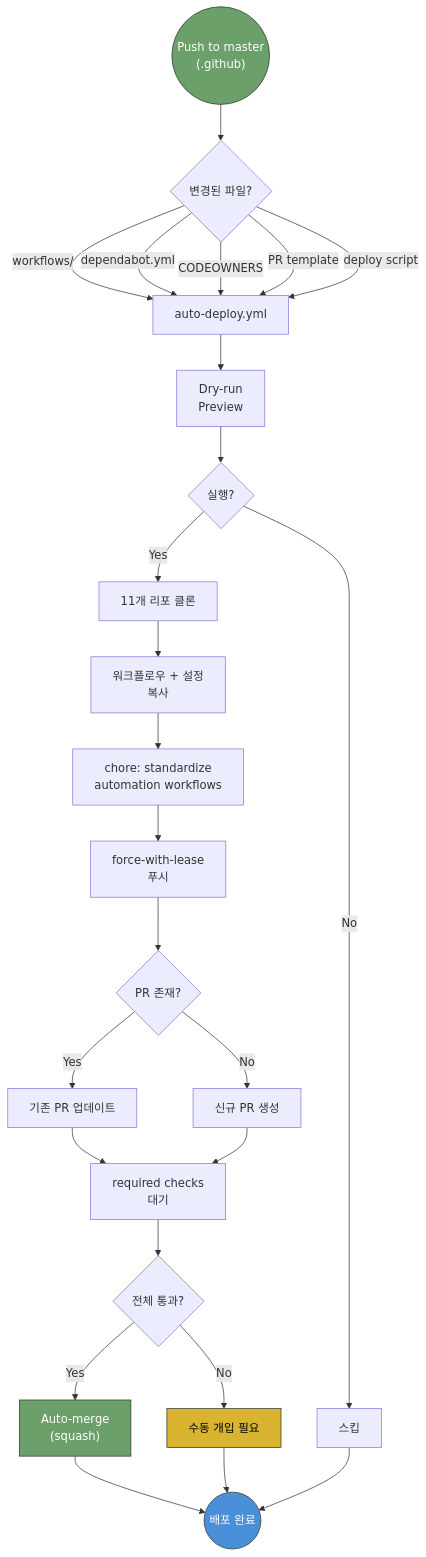
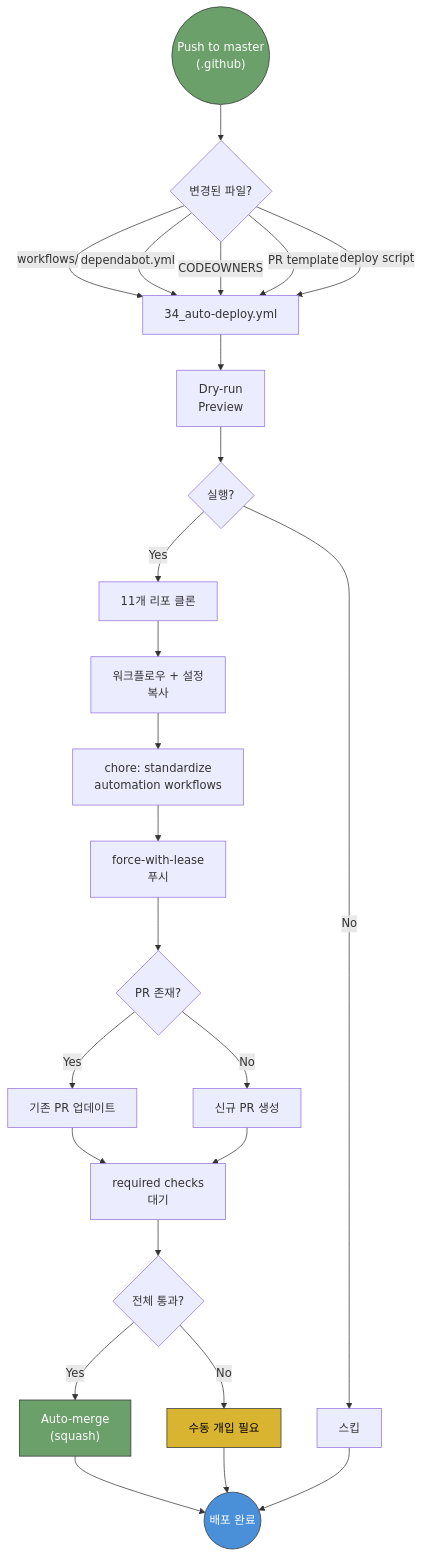
Before and after one commit to jclee941/.github: the fifth of 10 diagrams in docs/architecture.md, drawn with Mermaid. The commit also changed other lines of this file and 60 other files, not shown here.

````diff
--- a/docs/architecture.md
+++ b/docs/architecture.md
@@ -215,40 +215,40 @@
 ```mermaid
 flowchart TD
     START(("Push to master<br/>(.github)")) --> TRIGGER{"변경된 파일?"}
     
-    TRIGGER -->|workflows/| DEPLOY["auto-deploy.yml"]
+    TRIGGER -->|workflows/| DEPLOY["34_auto-deploy.yml"]
     TRIGGER -->|dependabot.yml| DEPLOY
     TRIGGER -->|CODEOWNERS| DEPLOY
     TRIGGER -->|PR template| DEPLOY
     TRIGGER -->|deploy script| DEPLOY
     
     DEPLOY --> DRY["Dry-run<br/>Preview"]
     DRY --> GO{"실행?"}
     
     GO -->|No| SKIP["스킵"]
     GO -->|Yes| CLONE["11개 리포 클론"]
     
     CLONE --> COPY["워크플로우 + 설정<br/>복사"]
     COPY --> COMMIT["chore: standardize<br/>automation workflows"]
     COMMIT --> PUSH["force-with-lease<br/>푸시"]
     PUSH --> PR{"PR 존재?"}
     
     PR -->|Yes| UPDATE["기존 PR 업데이트"]
     PR -->|No| CREATE["신규 PR 생성"]
     
     UPDATE --> WAIT["required checks<br/>대기"]
     CREATE --> WAIT
     WAIT --> PASS{"전체 통과?"}
     
     PASS -->|Yes| AUTO_MERGE["Auto-merge<br/>(squash)"]
     PASS -->|No| MANUAL["수동 개입 필요"]
     
     AUTO_MERGE --> END(("배포 완료"))
     MANUAL --> END
     SKIP --> END
     
     style START fill:#6ba06a,stroke:#333,color:#fff
     style END fill:#4a90d9,stroke:#333,color:#fff
     style AUTO_MERGE fill:#6ba06a,stroke:#333,color:#fff
     style MANUAL fill:#d9b430,stroke:#333,color:#000
 ```
````
